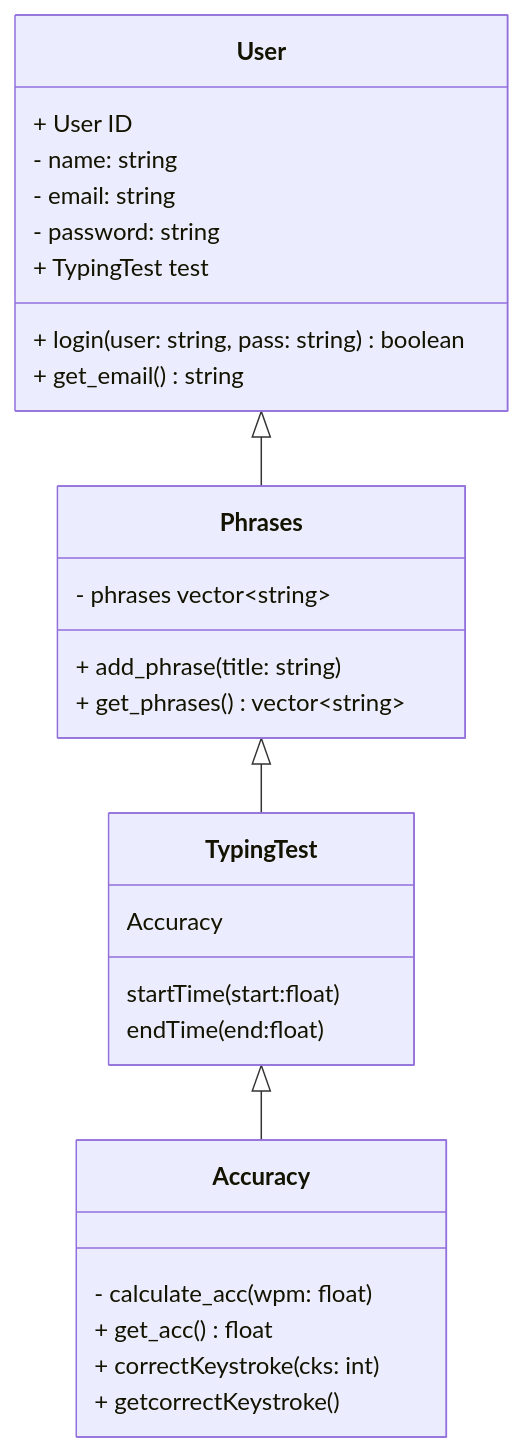
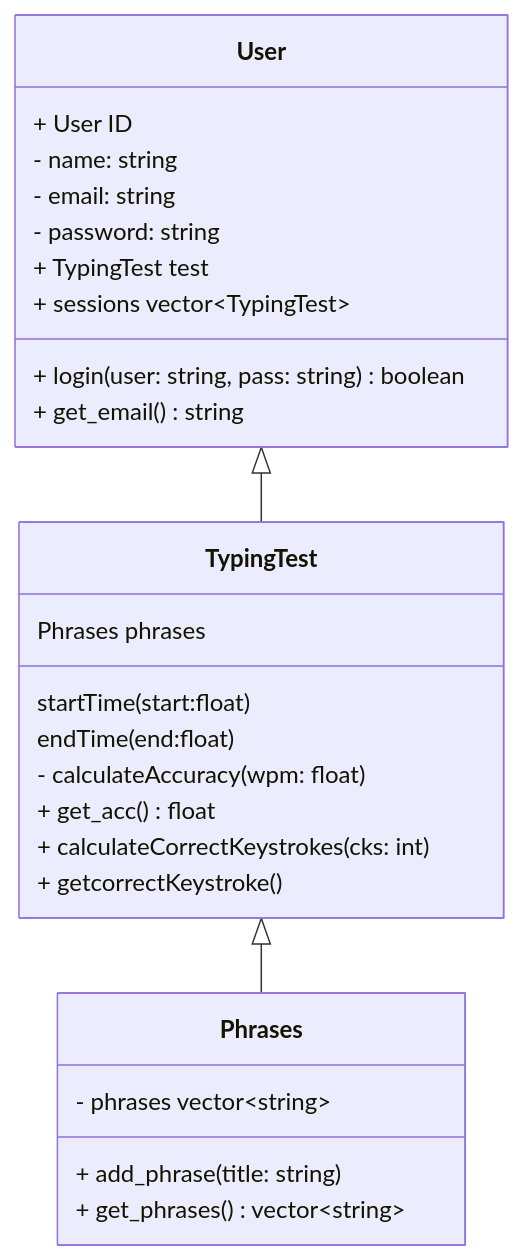
One commit to msRaquel/tippitytappity-design changed the diagram in README.md. Above: the diagram before and after it, drawn with Mermaid.

Commit message:
added additional details to the README.md file

````diff
--- a/README.md
+++ b/README.md
@@ -8,33 +8,35 @@
 ```mermaid
 classDiagram
-  User <|-- Phrases 
+  
+  User <|-- TypingTest
   class User {
       + User ID
         - name: string
         - email: string
         - password: string
         + login(user: string, pass: string) boolean
         + get_email() string
         + TypingTest test
+        + sessions vector~TypingTest~
   }
-  Phrases <|-- TypingTest
+  
   class Phrases{
         - phrases vector~string~
         + add_phrase(title: string)
         + get_phrases() vector~string~
   }
-
-TypingTest <|-- Accuracy
+TypingTest <|--Phrases
+TypingTest
   class TypingTest{
       startTime(start:float)
       endTime(end:float)
-      Accuracy
-  }
-
-  class Accuracy {
-      - calculate_acc(wpm: float)
+      Phrases phrases
+      - calculateAccuracy(wpm: float)
       + get_acc() float
-      + correctKeystroke(cks: int)
+      + calculateCorrectKeystrokes(cks: int)
       + getcorrectKeystroke()
   }
+  
+
+ 
 ```
````
